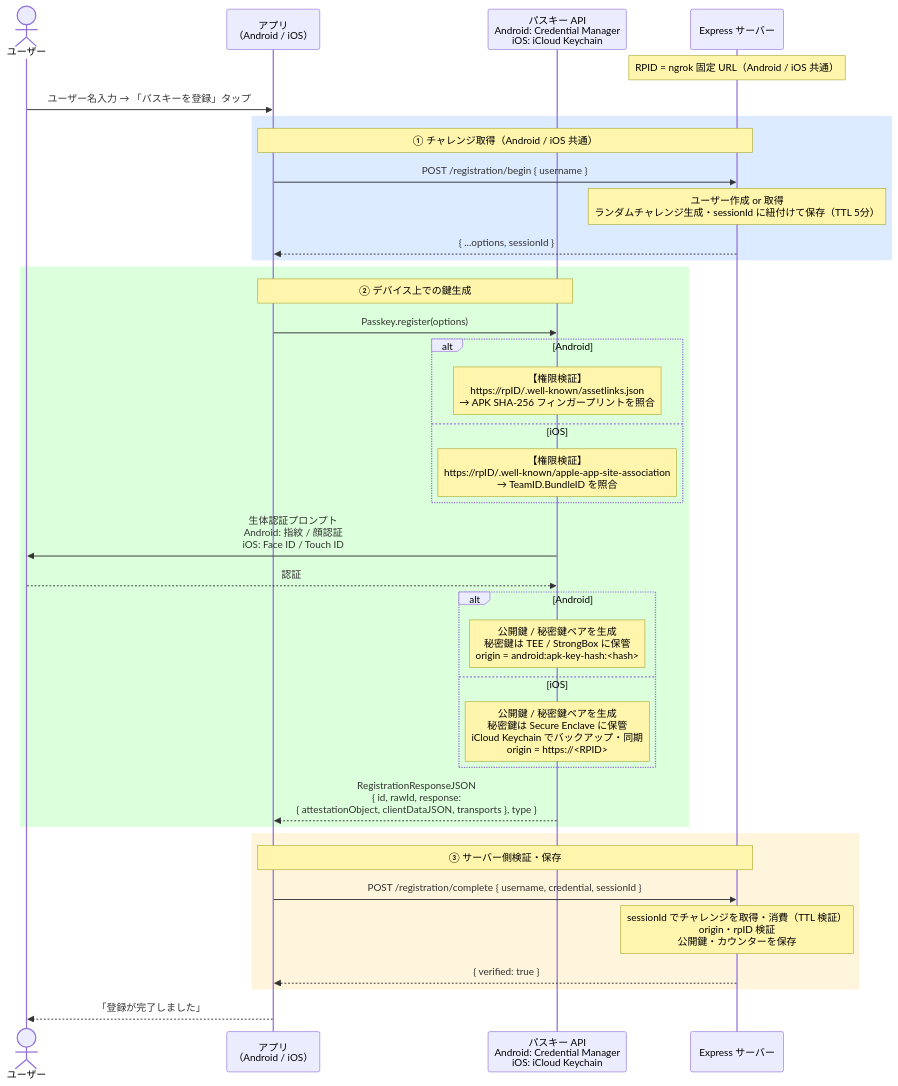
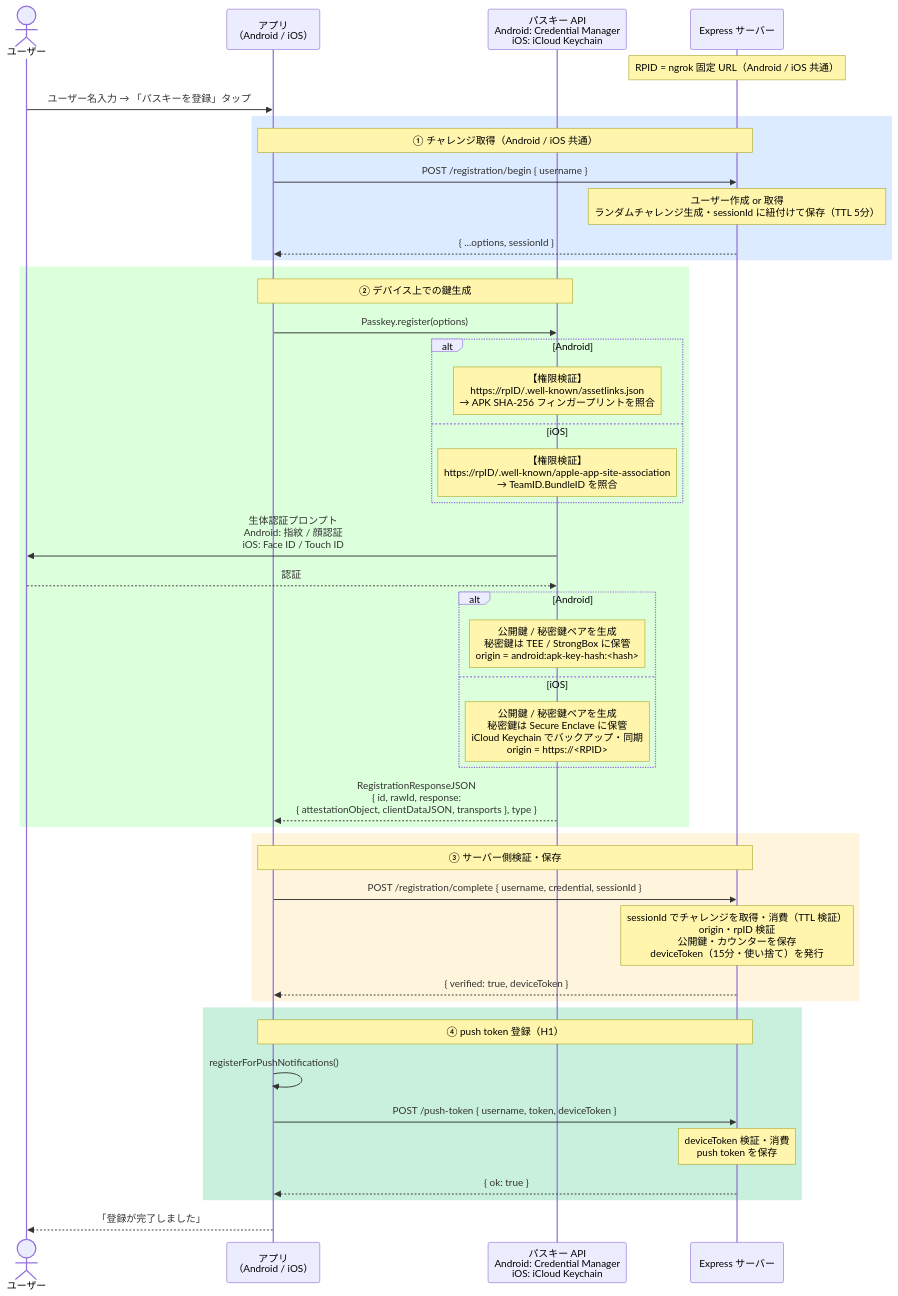
One commit to taka1226s/passkey-poc changed the second of 8 diagrams in README.md. Above: the diagram before and after it, drawn with Mermaid. The commit also changed other lines of this file, not shown here.

First line of the commit message:
README: シーケンス図をセキュリティ強化実装に合わせて更新

````diff
--- a/README.md
+++ b/README.md
@@ -377,45 +377,53 @@
 ```mermaid
 sequenceDiagram
     actor User as ユーザー
     participant App as アプリ<br/>（Android / iOS）
     participant CM as パスキー API<br/>Android: Credential Manager<br/>iOS: iCloud Keychain
     participant Server as Express サーバー
 
     Note over Server: RPID = ngrok 固定 URL（Android / iOS 共通）
 
     User->>App: ユーザー名入力 → 「パスキーを登録」タップ
 
     rect rgb(220, 235, 255)
         Note over App,Server: ① チャレンジ取得（Android / iOS 共通）
         App->>Server: POST /registration/begin { username }
         Note over Server: ユーザー作成 or 取得<br/>ランダムチャレンジ生成・sessionId に紐付けて保存（TTL 5分）
         Server-->>App: { ...options, sessionId }
     end
 
     rect rgb(220, 255, 220)
         Note over App,CM: ② デバイス上での鍵生成
         App->>CM: Passkey.register(options)
         alt Android
             Note over CM: 【権限検証】<br/>https://rpID/.well-known/assetlinks.json<br/>→ APK SHA-256 フィンガープリントを照合
         else iOS
             Note over CM: 【権限検証】<br/>https://rpID/.well-known/apple-app-site-association<br/>→ TeamID.BundleID を照合
         end
         CM->>User: 生体認証プロンプト<br/>Android: 指紋 / 顔認証<br/>iOS: Face ID / Touch ID
         User-->>CM: 認証
         alt Android
             Note over CM: 公開鍵 / 秘密鍵ペアを生成<br/>秘密鍵は TEE / StrongBox に保管<br/>origin = android:apk-key-hash:<hash>
         else iOS
             Note over CM: 公開鍵 / 秘密鍵ペアを生成<br/>秘密鍵は Secure Enclave に保管<br/>iCloud Keychain でバックアップ・同期<br/>origin = https://<RPID>
         end
         CM-->>App: RegistrationResponseJSON<br/>{ id, rawId, response:<br/>{ attestationObject, clientDataJSON, transports }, type }
     end
 
     rect rgb(255, 245, 220)
         Note over App,Server: ③ サーバー側検証・保存
         App->>Server: POST /registration/complete { username, credential, sessionId }
-        Note over Server: sessionId でチャレンジを取得・消費（TTL 検証）<br/>origin・rpID 検証<br/>公開鍵・カウンターを保存
-        Server-->>App: { verified: true }
+        Note over Server: sessionId でチャレンジを取得・消費（TTL 検証）<br/>origin・rpID 検証<br/>公開鍵・カウンターを保存<br/>deviceToken（15分・使い捨て）を発行
+        Server-->>App: { verified: true, deviceToken }
+    end
+
+    rect rgb(200, 240, 220)
+        Note over App,Server: ④ push token 登録（H1）
+        App->>App: registerForPushNotifications()
+        App->>Server: POST /push-token { username, token, deviceToken }
+        Note over Server: deviceToken 検証・消費<br/>push token を保存
+        Server-->>App: { ok: true }
     end
 
     App-->>User: 「登録が完了しました」
 ```
````
